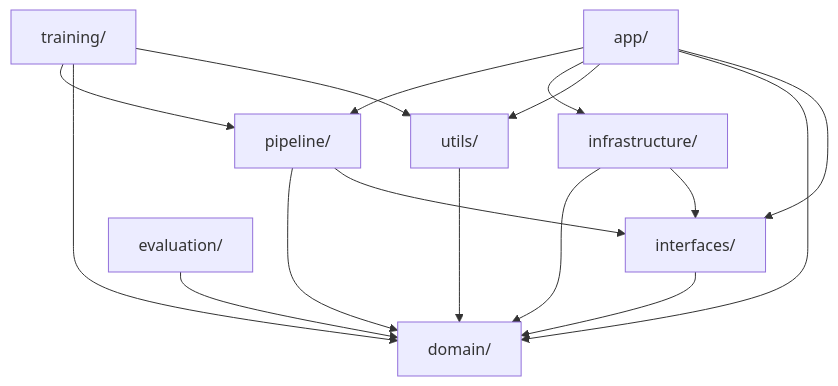
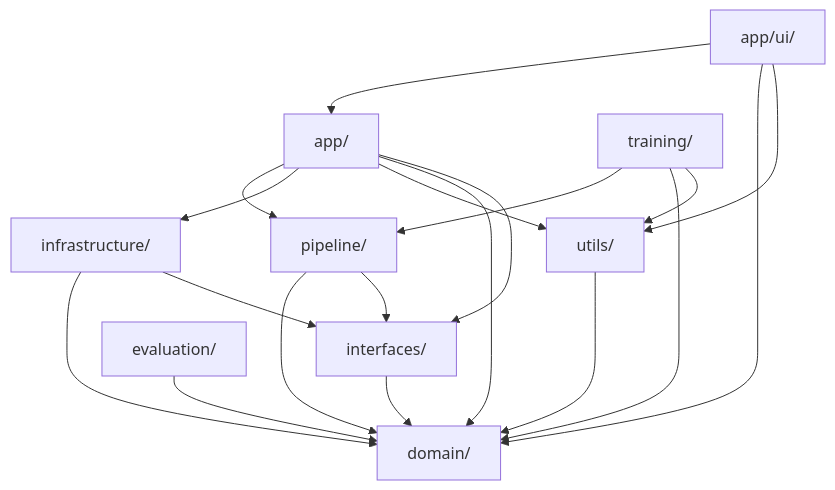
One commit to ntsrigaud/Maestro changed the diagram in docs/architecture/development-view.md. Above: the diagram before and after it, drawn with Mermaid. The commit also changed other lines of this file, not shown here.

````diff
--- a/docs/architecture/development-view.md
+++ b/docs/architecture/development-view.md
@@ -178,24 +196,26 @@
 ```mermaid
 graph TD
     App["app/"] --> Pipeline["pipeline/"]
     App --> Infra["infrastructure/"]
     App --> Utils["utils/"]
     App --> Domain["domain/"]
     App --> Interfaces["interfaces/"]
-
+    UI["app/ui/"] --> App
+    UI --> Domain
+    UI --> Utils
     Pipeline --> Domain
     Pipeline --> Interfaces
 
     Training["training/"] --> Pipeline
     Training --> Domain
     Training --> Utils
 
     Infra --> Domain
     Infra --> Interfaces
 
     Evaluation["evaluation/"] --> Domain
 
     Utils --> Domain
 
     Interfaces --> Domain
 ```
````
